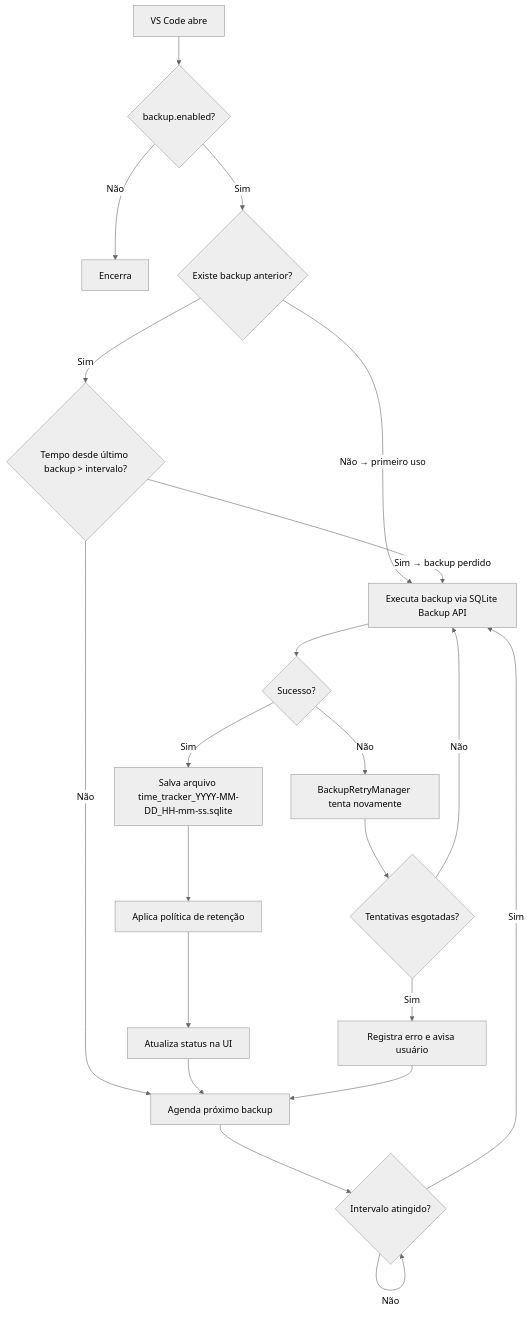
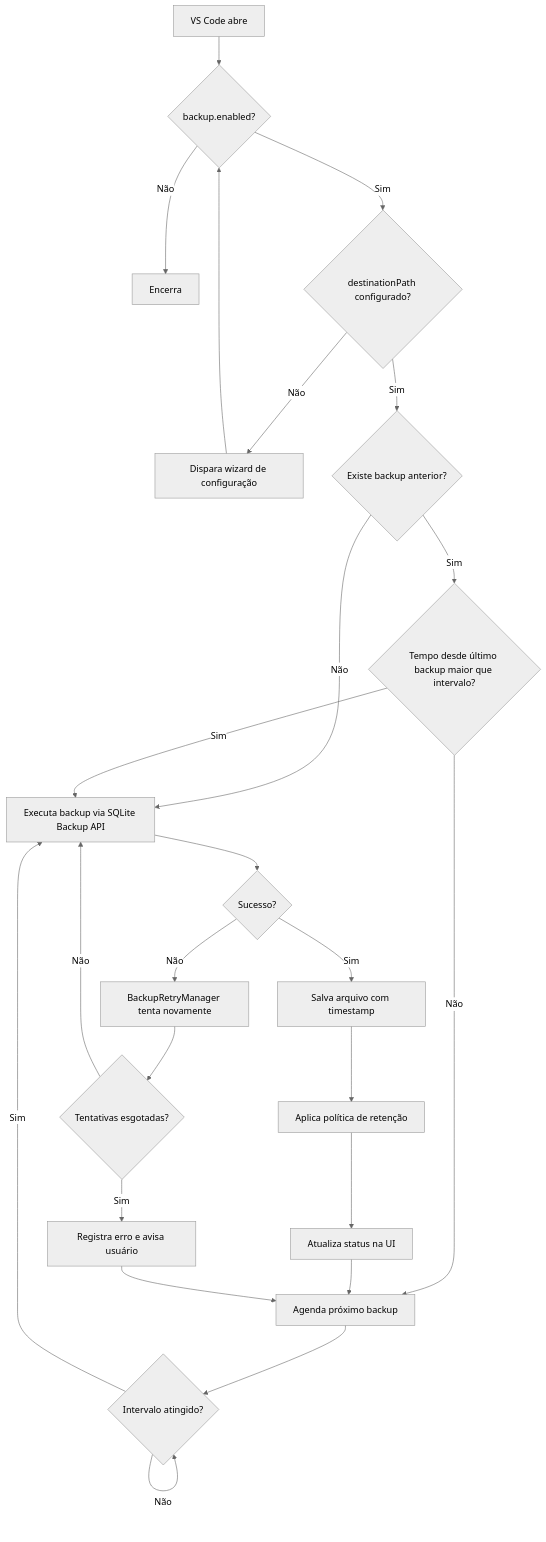
The diagram in docs/PRD_BACKUP_AUTOMATIZADO.md (beliciobcardoso/MyTimeTraceVSCode), drawn with Mermaid (neutral theme) before and after one commit. The commit also changed other lines of this file and 1 other file, not shown here.

Commit message:
feat: aprimora PRD de registro da IDE com captura de versão diferenciada e métodos de detecção

````diff
--- a/docs/PRD_BACKUP_AUTOMATIZADO.md
+++ b/docs/PRD_BACKUP_AUTOMATIZADO.md
@@ -241,24 +259,27 @@
 ```mermaid
 flowchart TD
   A[VS Code abre] --> B{backup.enabled?}
   B -- Não --> Z[Encerra]
-  B -- Sim --> C{Existe backup anterior?}
-  C -- Não → primeiro uso --> E
-  C -- Sim --> D{Tempo desde último backup > intervalo?}
-  D -- Sim → backup perdido --> E
+  B -- Sim --> W{destinationPath configurado?}
+  W -- Não --> X[Dispara wizard de configuração]
+  X --> B
+  W -- Sim --> C{Existe backup anterior?}
+  C -- Não --> E
+  C -- Sim --> D{Tempo desde último backup maior que intervalo?}
+  D -- Sim --> E
   D -- Não --> F[Agenda próximo backup]
   F --> G{Intervalo atingido?}
   G -- Não --> G
   G -- Sim --> E
   E[Executa backup via SQLite Backup API]
   E --> H{Sucesso?}
-  H -- Sim --> I[Salva arquivo time_tracker_YYYY-MM-DD_HH-mm-ss.sqlite]
+  H -- Sim --> I[Salva arquivo com timestamp]
   I --> J[Aplica política de retenção]
   J --> K[Atualiza status na UI]
   K --> F
   H -- Não --> L[BackupRetryManager tenta novamente]
   L --> M{Tentativas esgotadas?}
   M -- Não --> E
   M -- Sim --> N[Registra erro e avisa usuário]
   N --> F
 ```
````
